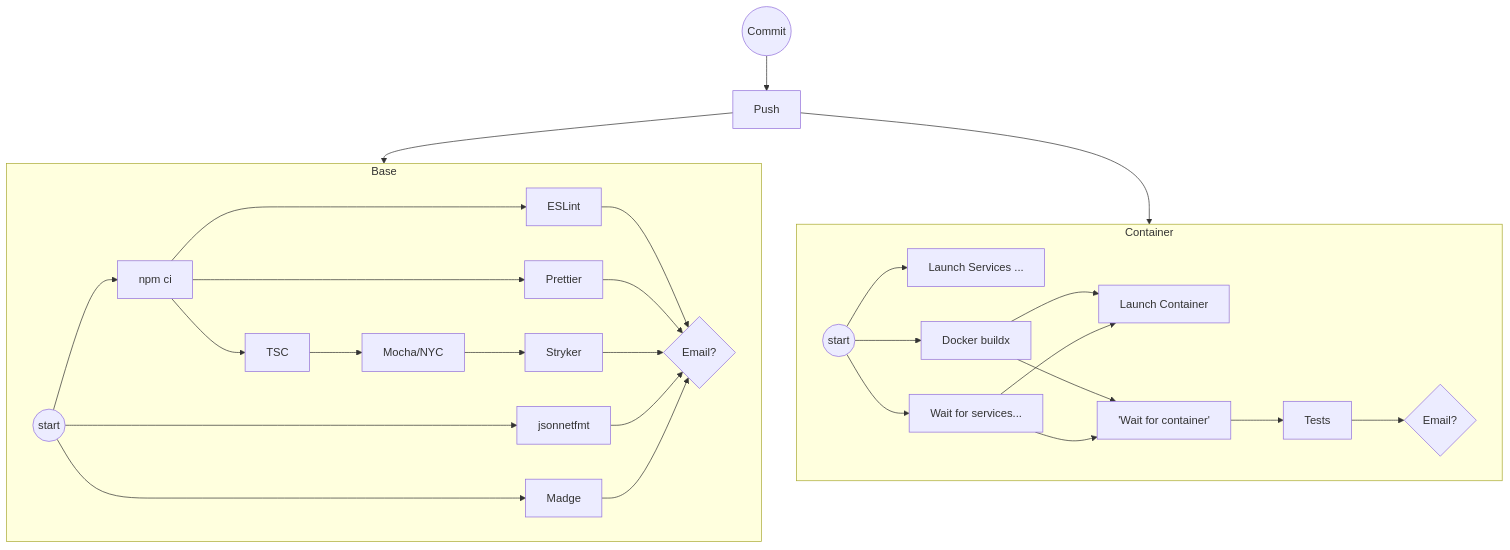
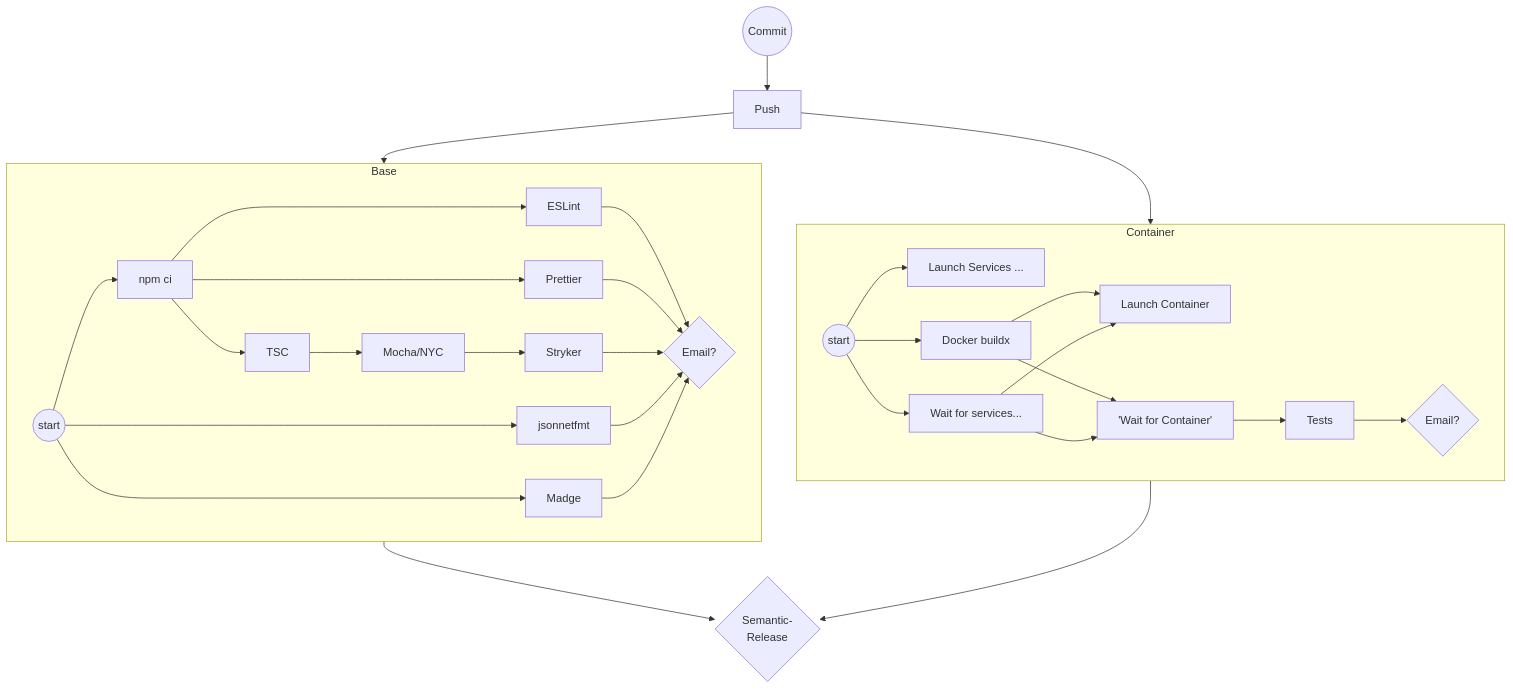
The first of 3 diagrams in talk.md (carboneater/CIngle-Point-of-Failure), drawn with Mermaid before and after one commit. The commit also changed other lines of this file and 3 other files, not shown here.

````diff
--- a/talk.md
+++ b/talk.md
@@ -31,38 +33,40 @@
 ```mermaid
 flowchart TD
 
 GC((Commit)) --> Push
 
 subgraph B[Base]
     A((start)) --> CI[npm ci]
     CI --> E[ESLint]
     A --> J[jsonnetfmt]
     A --> Madge
     CI --> Prettier
     CI --> T[TSC]
     T --> M[Mocha/NYC]
     M --> S[Stryker]
 
     S --> em{Email?}
     E --> em
     J --> em
     Madge --> em
     Prettier --> em
 end
 
 subgraph C[Container]
     C1 --> launch[Launch Services ...]
     C1((start)) --> C2[Docker buildx]
     C1 --> C1b[Wait for services...]
     C2 --> C2a["Launch Container"]
     C1b --> C2a
-    C2 --> C3['Wait for container']
+    C2 --> C3['Wait for Container']
     C1b --> C3
     C3 --> C4[Tests]
     C4 --> C5{Email?}
 end
 
 Push --> B
 Push --> C
 
+B & C --> SR{Semantic-<br/>Release}
+
 ```
````
